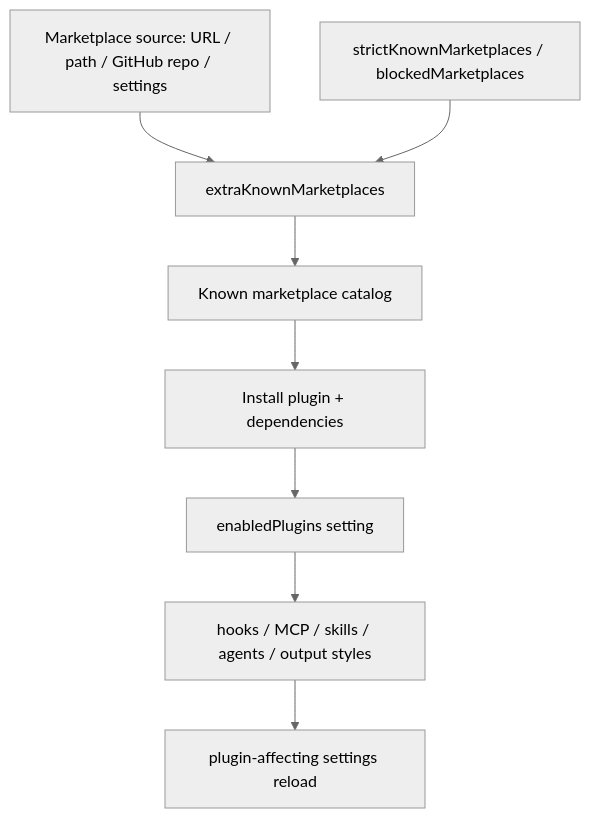
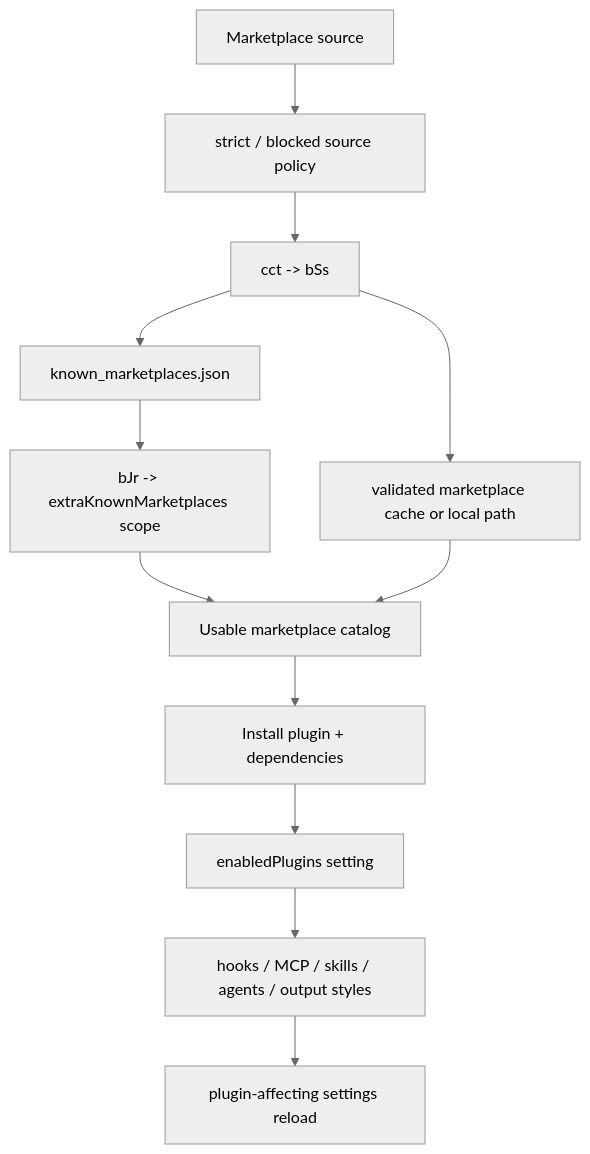
One commit to vibewatch/claude-code-internals changed the second of 4 diagrams in docs/03-tools-integrations-security/mcp-plugins-hooks.md. Above: the diagram before and after it, drawn with Mermaid (neutral theme). The commit also changed other lines of this file and 46 other files, not shown here.

````diff
--- a/docs/03-tools-integrations-security/mcp-plugins-hooks.md
+++ b/docs/03-tools-integrations-security/mcp-plugins-hooks.md
@@ -103,10 +116,14 @@
 ```mermaid
 flowchart TD
-    Source[Marketplace source: URL / path / GitHub repo / settings] --> Register[extraKnownMarketplaces]
-    Policy[strictKnownMarketplaces / blockedMarketplaces] --> Register
-    Register --> Catalog[Known marketplace catalog]
+    Source[Marketplace source] --> Policy[strict / blocked source policy]
+    Policy --> Materialize[cct -> bSs]
+    Materialize --> State[known_marketplaces.json]
+    Materialize --> Cache[validated marketplace cache or local path]
+    State --> Declare[bJr -> extraKnownMarketplaces scope]
+    Declare --> Catalog[Usable marketplace catalog]
+    Cache --> Catalog
     Catalog --> Install[Install plugin + dependencies]
     Install --> Enabled[enabledPlugins setting]
     Enabled --> Runtime[hooks / MCP / skills / agents / output styles]
     Runtime --> Reload[plugin-affecting settings reload]
 ```
````
